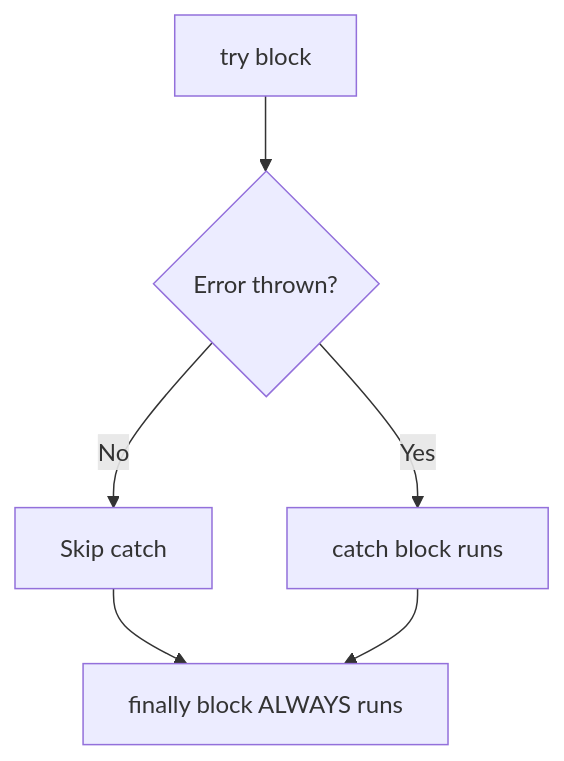
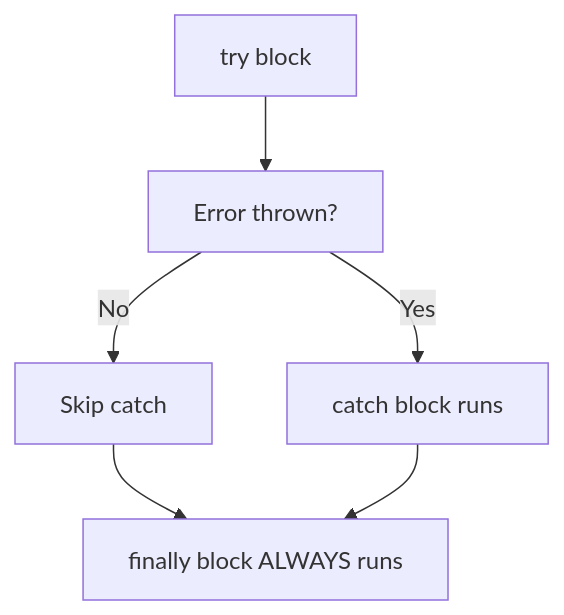
Before and after one commit to rajmpawar-hash/ByteNotes: the diagram in src/notes/javascript/1-foundations/03-error-handling/01-try-catch-finally.md, drawn with Mermaid. The commit also changed 35 other files, not shown here.

Commit message:
chore: deduplicate notes, fix Mermaid syntax, and update GEMINI.md rules

````diff
--- a/src/notes/javascript/1-foundations/03-error-handling/01-try-catch-finally.md
+++ b/src/notes/javascript/1-foundations/03-error-handling/01-try-catch-finally.md
@@ -9,8 +9,8 @@
 ```mermaid
 flowchart TD
-    A["try block"] --> B{"Error thrown?"}
-    B -->|"No"| C["Skip catch"]
-    B -->|"Yes"| D["catch block runs"]
+    A["try block"] --> B["Error thrown?"]
+    B -->|No| C["Skip catch"]
+    B -->|Yes| D["catch block runs"]
     C --> E["finally block ALWAYS runs"]
     D --> E
 ```
````
